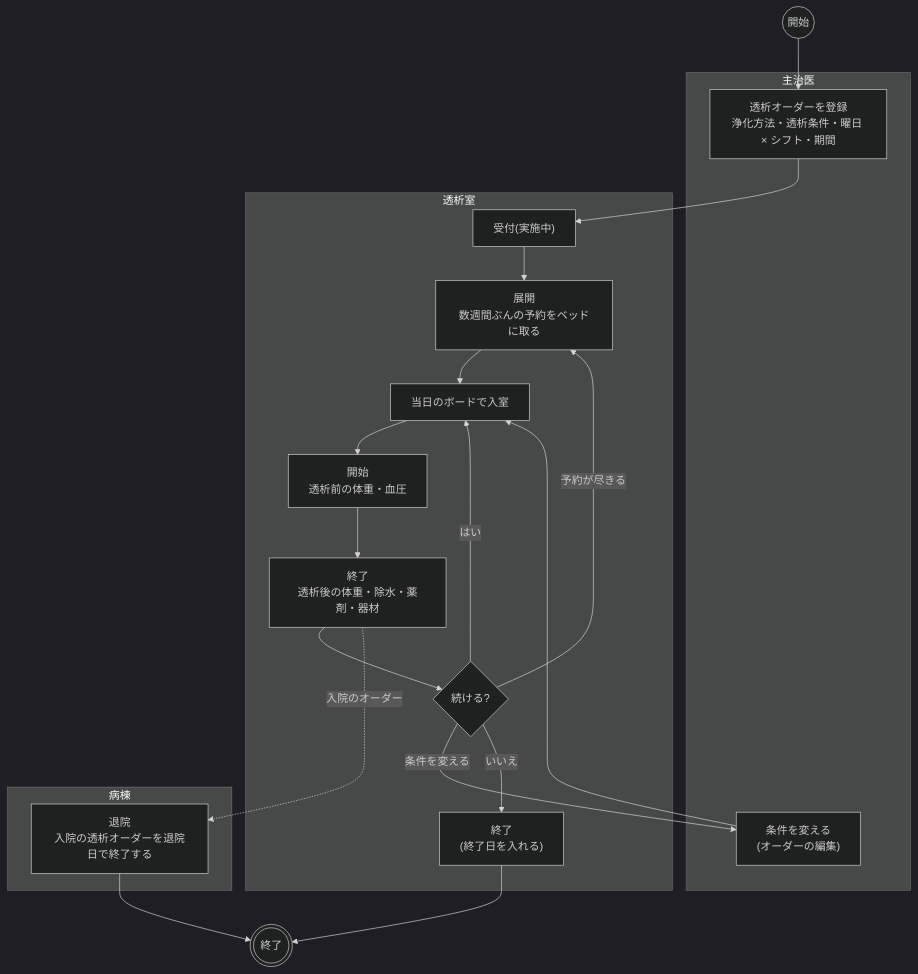
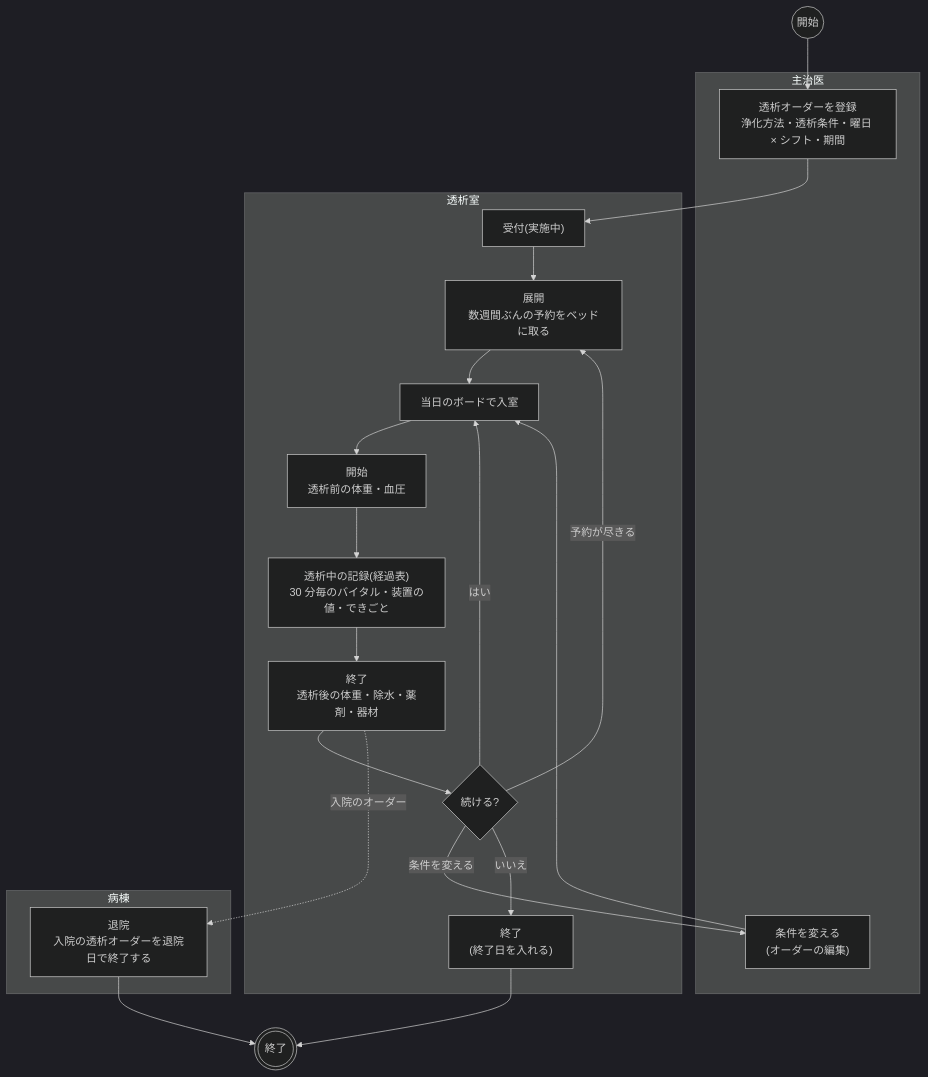
The first of 3 diagrams in docs/order-flows/dialysis.md (ysnr-dev/fhir-client), drawn with Mermaid (dark theme) before and after one commit. The commit also changed other lines of this file and 3 other files, not shown here.

````diff
--- a/docs/order-flows/dialysis.md
+++ b/docs/order-flows/dialysis.md
@@ -38,31 +38,32 @@
 ```mermaid
 flowchart TD
   start(("開始"))
   finish((("終了")))
 
   subgraph doctor["主治医"]
     order["透析オーダーを登録<br/>浄化方法・透析条件・曜日 × シフト・期間"]
     edit["条件を変える<br/>(オーダーの編集)"]
   end
 
   subgraph dept["透析室"]
     accept["受付(実施中)"]
     expand["展開<br/>数週間ぶんの予約をベッドに取る"]
     arrive["当日のボードで入室"]
     begin["開始<br/>透析前の体重・血圧"]
+    chart["透析中の記録(経過表)<br/>30 分毎のバイタル・装置の値・できごと"]
     end_["終了<br/>透析後の体重・除水・薬剤・器材"]
     more{"続ける?"}
     close["終了<br/>(終了日を入れる)"]
   end
 
   subgraph ward["病棟"]
     discharge["退院<br/>入院の透析オーダーを退院日で終了する"]
   end
 
-  start --> order --> accept --> expand --> arrive --> begin --> end_ --> more
+  start --> order --> accept --> expand --> arrive --> begin --> chart --> end_ --> more
   more -- "はい" --> arrive
   more -- "予約が尽きる" --> expand
   more -- "条件を変える" --> edit --> arrive
   more -- "いいえ" --> close --> finish
   end_ -. "入院のオーダー" .-> discharge --> finish
 ```
````
